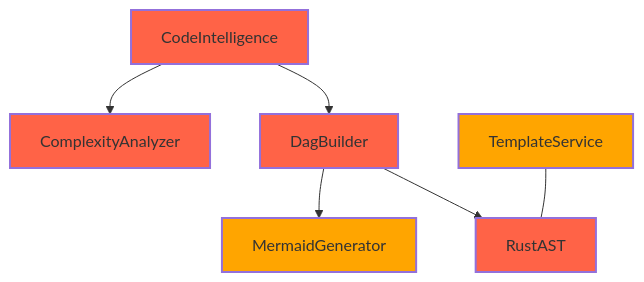
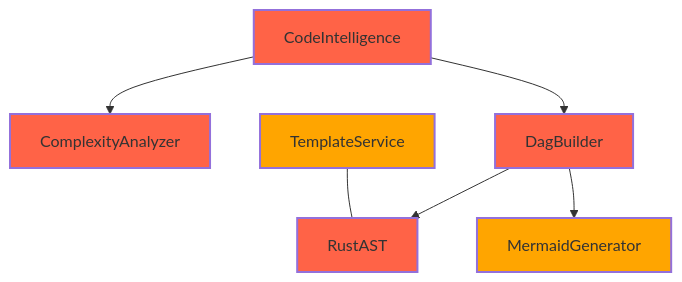
The fourth of 4 diagrams in artifacts/mermaid/README.md (paiml/paiml-mcp-agent-toolkit), drawn with Mermaid before and after one commit. The commit also changed other lines of this file and 69 other files, not shown here.

Commit message:
feat: comprehensive improvements and unified protocol architecture

````diff
--- a/artifacts/mermaid/README.md
+++ b/artifacts/mermaid/README.md
@@ -111,22 +111,22 @@
 ```mermaid
 graph TD
-    mermaid_generator[MermaidGenerator]
     complexity[ComplexityAnalyzer]
-    code_intelligence[CodeIntelligence]
     ast_rust[RustAST]
     dag_builder[DagBuilder]
+    code_intelligence[CodeIntelligence]
+    mermaid_generator[MermaidGenerator]
     template_service[TemplateService]
 
     code_intelligence --> dag_builder
     dag_builder --> ast_rust
     dag_builder --> mermaid_generator
     code_intelligence --> complexity
     template_service --- ast_rust
 
-    style mermaid_generator fill:#FFA500,stroke-width:2px
     style complexity fill:#FF6347,stroke-width:2px
-    style code_intelligence fill:#FF6347,stroke-width:2px
     style ast_rust fill:#FF6347,stroke-width:2px
     style dag_builder fill:#FF6347,stroke-width:2px
+    style code_intelligence fill:#FF6347,stroke-width:2px
+    style mermaid_generator fill:#FFA500,stroke-width:2px
     style template_service fill:#FFA500,stroke-width:2px
 ```
````
